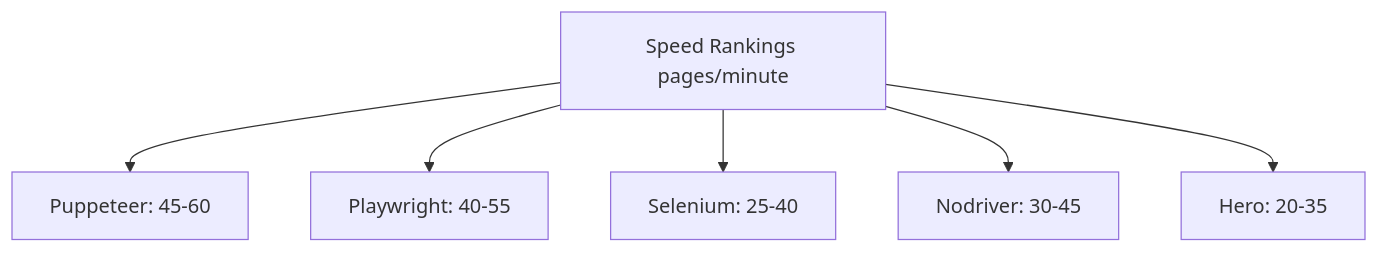
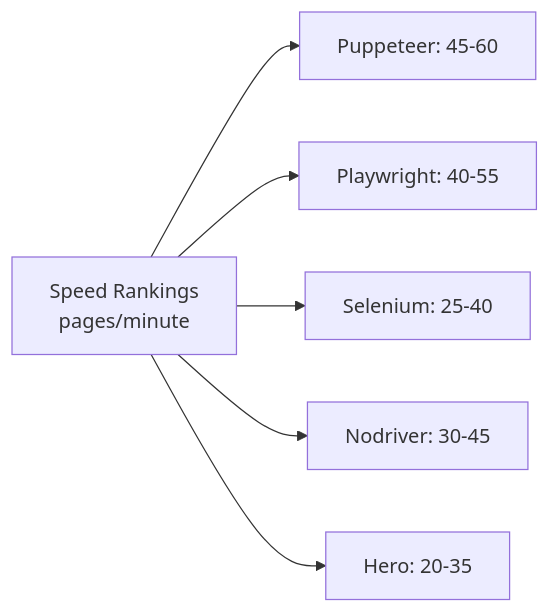
The third of 3 diagrams in _posts/2025-04-27-browser-automation-showdown-selenium-playwright-puppeteer-ulixee-hero-nodriver.md (bytetunnels/bytetunnels.github.com), drawn with Mermaid before and after one commit. The commit also changed other lines of this file and 118 other files, not shown here.

Commit message:
feat: improve diagram styling and compact wide flowcharts

````diff
--- a/_posts/2025-04-27-browser-automation-showdown-selenium-playwright-puppeteer-ulixee-hero-nodriver.md
+++ b/_posts/2025-04-27-browser-automation-showdown-selenium-playwright-puppeteer-ulixee-hero-nodriver.md
@@ -375,10 +375,10 @@
 ```mermaid
-graph TD
-    SR[Speed Rankings pages/minute]
+graph LR
+    SR["Speed Rankings<br/>pages/minute"]
 
     SR --> P[Puppeteer: 45-60]
     SR --> PL[Playwright: 40-55]
     SR --> S[Selenium: 25-40]
     SR --> N[Nodriver: 30-45]
     SR --> H[Hero: 20-35]
 ```
````
